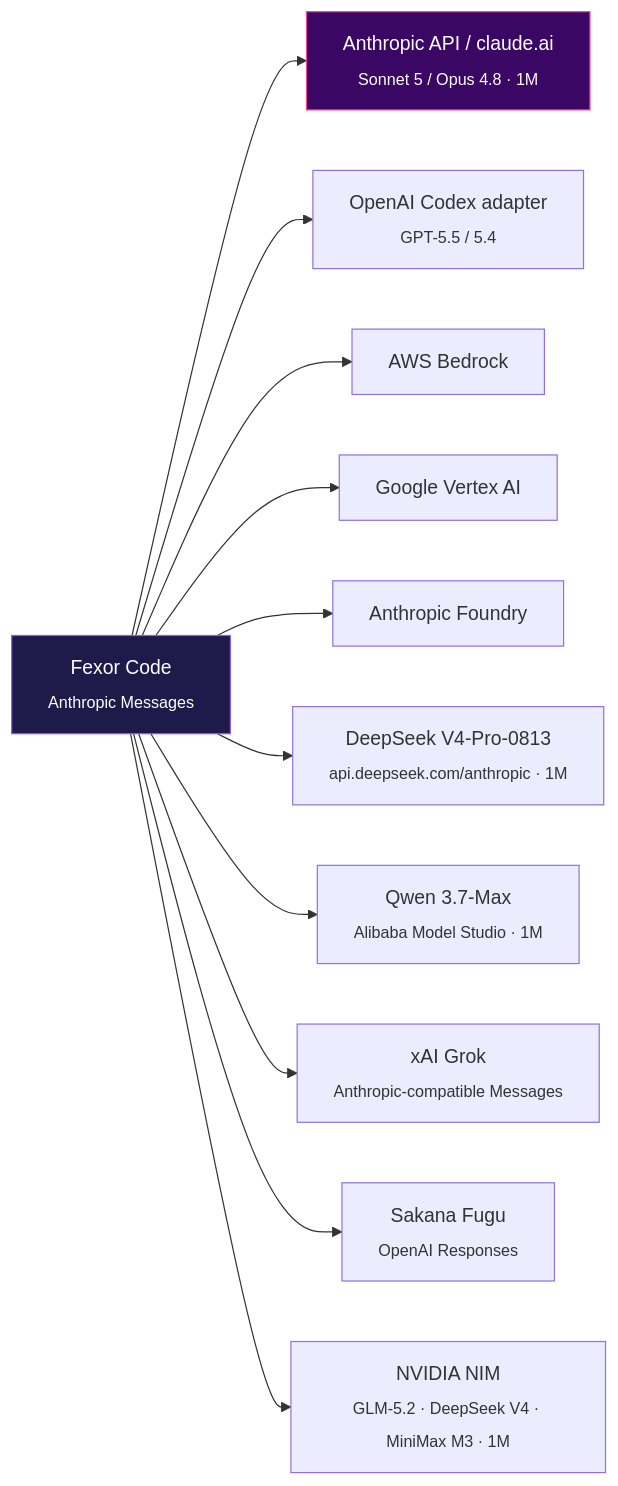
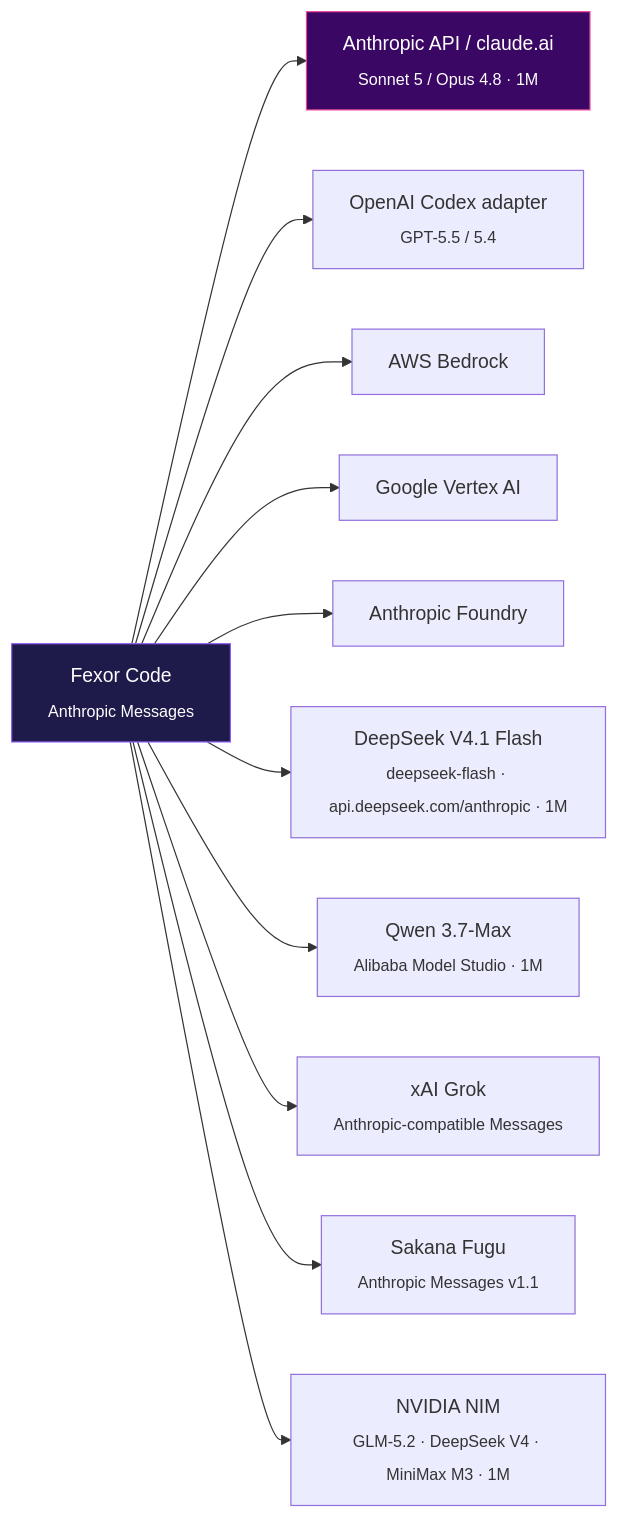
One commit to jennofrie/fexor-code changed the fourth of 4 diagrams in README.md. Above: the diagram before and after it, drawn with Mermaid. The commit also changed other lines of this file and 9 other files, not shown here.

First line of the commit message:
feat: sync local DeepSeek V4.1 and Fugu v1.1 launcher config

````diff
--- a/README.md
+++ b/README.md
@@ -146,17 +146,17 @@
 ```mermaid
 flowchart LR
     APP["Fexor Code<br/><sub>Anthropic Messages</sub>"]
     APP --> ANT["Anthropic API / claude.ai<br/><sub>Sonnet 5 / Opus 4.8 · 1M</sub>"]
     APP --> CODEX["OpenAI Codex adapter<br/><sub>GPT-5.5 / 5.4</sub>"]
     APP --> BR["AWS Bedrock"]
     APP --> VX["Google Vertex AI"]
     APP --> FD["Anthropic Foundry"]
-    APP --> DS["DeepSeek V4-Pro-0813<br/><sub>api.deepseek.com/anthropic · 1M</sub>"]
+    APP --> DS["DeepSeek V4.1 Flash<br/><sub>deepseek-flash · api.deepseek.com/anthropic · 1M</sub>"]
     APP --> QW["Qwen 3.7-Max<br/><sub>Alibaba Model Studio · 1M</sub>"]
     APP --> GROK["xAI Grok<br/><sub>Anthropic-compatible Messages</sub>"]
-    APP --> SK["Sakana Fugu<br/><sub>OpenAI Responses</sub>"]
+    APP --> SK["Sakana Fugu<br/><sub>Anthropic Messages v1.1</sub>"]
     APP --> NV["NVIDIA NIM<br/><sub>GLM-5.2 · DeepSeek V4 · MiniMax M3 · 1M</sub>"]
 
     style APP fill:#1e1b4b,stroke:#8b5cf6,color:#fff
     style ANT fill:#3b0764,stroke:#ec4899,color:#fff
 ```
````
